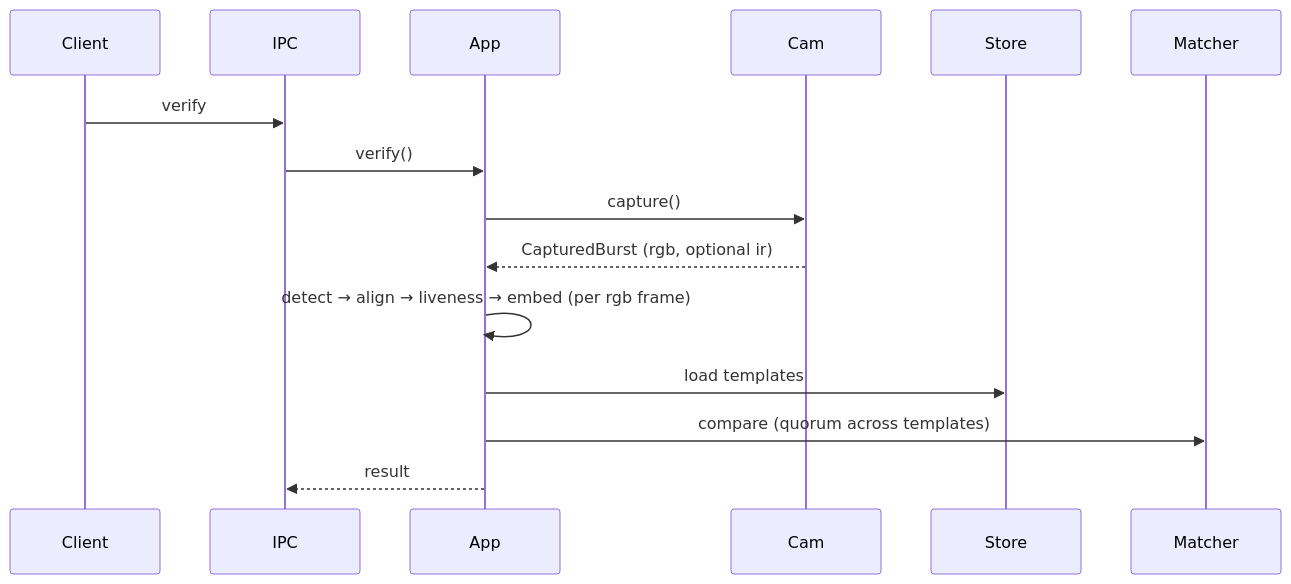
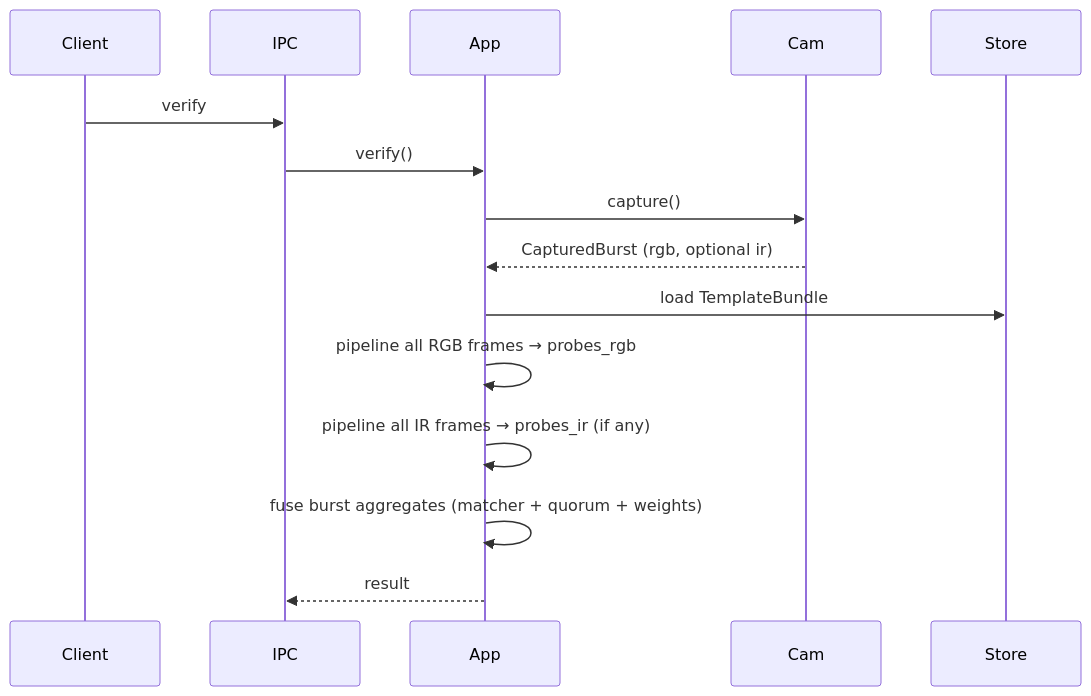
The diagram in docs/architecture.md (adilsaid64/trueid), drawn with Mermaid before and after one commit. The commit also changed other lines of this file and 9 other files, not shown here.

Commit message:
feat: using ir frames and put in fusion logic to combine ir and rgb frames when both are available

````diff
--- a/docs/architecture.md
+++ b/docs/architecture.md
@@ -43,14 +44,14 @@
 ```mermaid
 sequenceDiagram
     Client->>IPC: verify
     IPC->>App: verify()
 
     App->>Cam: capture()
     Cam-->>App: CapturedBurst (rgb, optional ir)
 
-    App->>App: detect → align → liveness → embed (per rgb frame)
-    App->>Store: load templates
-    App->>Matcher: compare (quorum across templates)
-
+    App->>Store: load TemplateBundle
+    App->>App: pipeline all RGB frames → probes_rgb
+    App->>App: pipeline all IR frames → probes_ir (if any)
+    App->>App: fuse burst aggregates (matcher + quorum + weights)
     App-->>IPC: result
 ```
````
